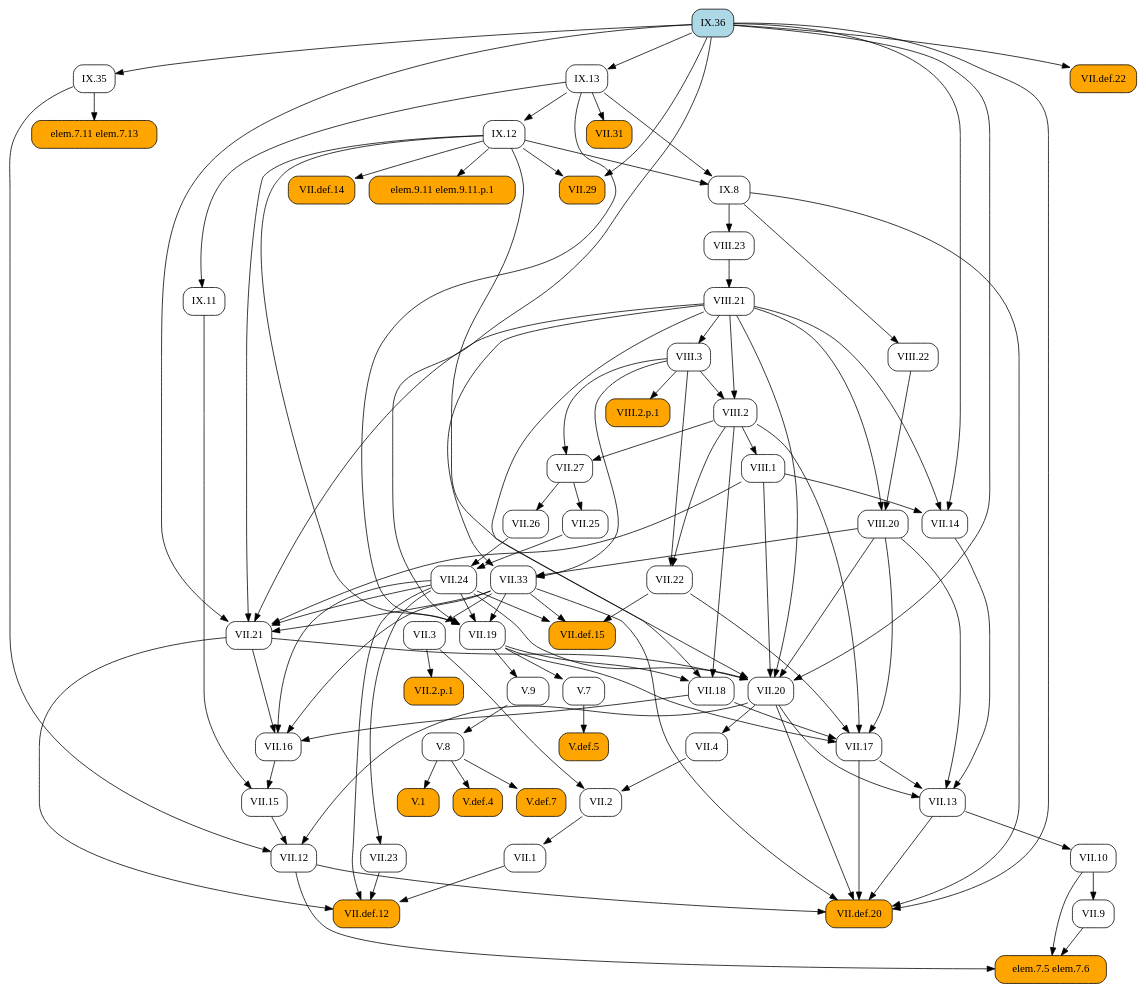
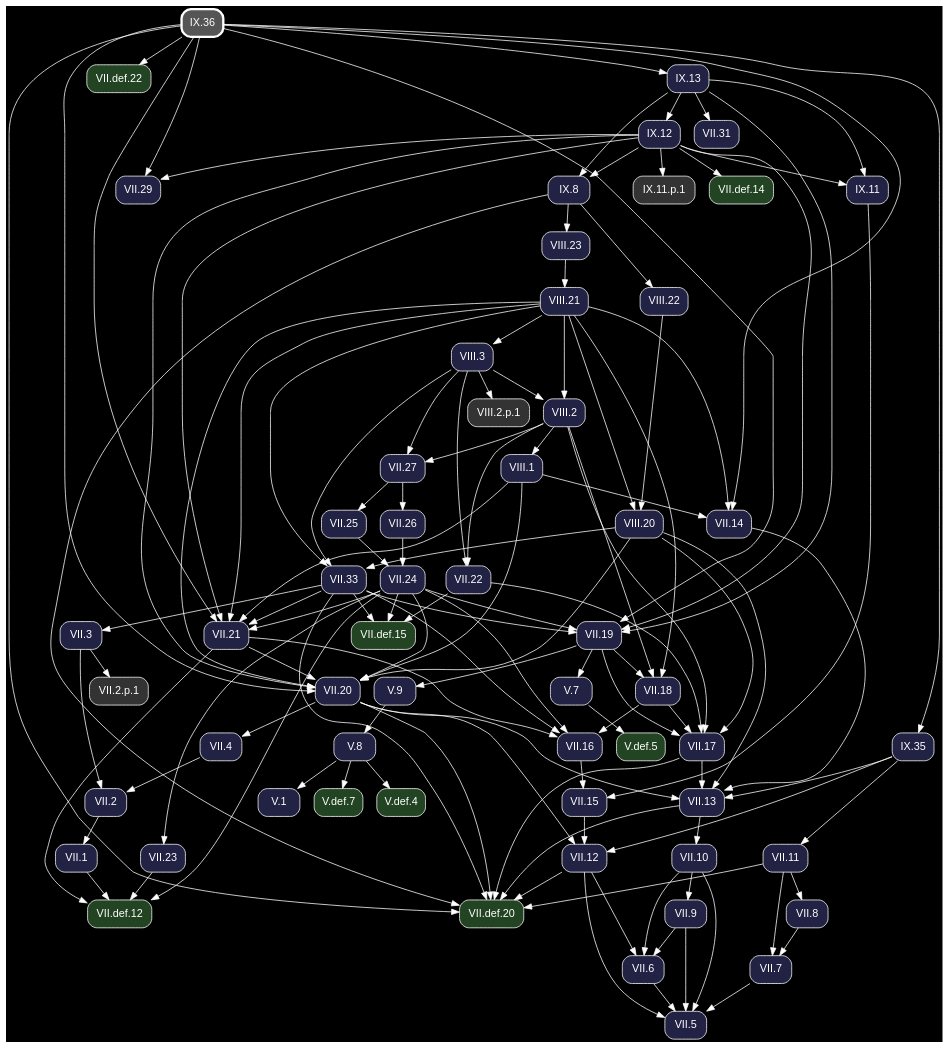
The diagram in docsrc/heath/IX/36/index.rst (geometor/elements), drawn with Graphviz before and after one commit. The commit also changed other lines of this file and 1200 other files, not shown here.

Commit message:
update dependency graphs

```diff
--- a/docsrc/heath/IX/36/index.rst
+++ b/docsrc/heath/IX/36/index.rst
@@ -86,121 +86,80 @@
 .. graphviz::
 
    digraph {
+     bgcolor="black";
+     node [shape=box, style="rounded,filled", fontname="Helvetica", color="white", fontcolor="white"];
+     edge [color="white", fontcolor="white"];
      rankdir="TB";
-     node [shape=box, style=rounded];
-     "IX.8" [URL="/heath/IX/8/", target="_top"];
-     "VII.12" [URL="/heath/VII/12/", target="_top"];
-     "VII.def.14" [style="rounded,filled", fillcolor=orange, URL="/heath/VII/def.14/", target="_top"];
-     "elem.7.5 elem.7.6" [style="rounded,filled", fillcolor=orange];
-     "VIII.20" [URL="/heath/VIII/20/", target="_top"];
-     "VII.33" [URL="/heath/VII/33/", target="_top"];
-     "VII.9" [URL="/heath/VII/9/", target="_top"];
-     "IX.12" [URL="/heath/IX/12/", target="_top"];
-     "IX.36" [style="rounded,filled", fillcolor=lightblue, URL="/heath/IX/36/", target="_top"];
-     "VIII.2" [URL="/heath/VIII/2/", target="_top"];
-     "VII.18" [URL="/heath/VII/18/", target="_top"];
-     "VII.16" [URL="/heath/VII/16/", target="_top"];
-     "V.7" [URL="/heath/V/7/", target="_top"];
-     "VII.26" [URL="/heath/VII/26/", target="_top"];
-     "V.def.5" [style="rounded,filled", fillcolor=orange, URL="/heath/V/def.5/", target="_top"];
-     "V.9" [URL="/heath/V/9/", target="_top"];
-     "VII.10" [URL="/heath/VII/10/", target="_top"];
-     "VIII.3" [URL="/heath/VIII/3/", target="_top"];
-     "VII.13" [URL="/heath/VII/13/", target="_top"];
-     "VIII.23" [URL="/heath/VIII/23/", target="_top"];
-     "VII.29" [style="rounded,filled", fillcolor=orange, URL="/heath/VII/29/", target="_top"];
-     "VII.31" [style="rounded,filled", fillcolor=orange, URL="/heath/VII/31/", target="_top"];
-     "elem.9.11 elem.9.11.p.1" [style="rounded,filled", fillcolor=orange];
-     "elem.7.11 elem.7.13" [style="rounded,filled", fillcolor=orange];
-     "VII.def.15" [style="rounded,filled", fillcolor=orange, URL="/heath/VII/def.15/", target="_top"];
-     "IX.13" [URL="/heath/IX/13/", target="_top"];
-     "VII.17" [URL="/heath/VII/17/", target="_top"];
-     "VII.19" [URL="/heath/VII/19/", target="_top"];
-     "VIII.2.p.1" [style="rounded,filled", fillcolor=orange];
-     "VII.2" [URL="/heath/VII/2/", target="_top"];
-     "VII.def.20" [style="rounded,filled", fillcolor=orange, URL="/heath/VII/def.20/", target="_top"];
-     "VII.2.p.1" [style="rounded,filled", fillcolor=orange];
-     "VII.15" [URL="/heath/VII/15/", target="_top"];
-     "V.def.4" [style="rounded,filled", fillcolor=orange, URL="/heath/V/def.4/", target="_top"];
-     "IX.35" [URL="/heath/IX/35/", target="_top"];
-     "VIII.22" [URL="/heath/VIII/22/", target="_top"];
-     "V.def.7" [style="rounded,filled", fillcolor=orange, URL="/heath/V/def.7/", target="_top"];
-     "VII.14" [URL="/heath/VII/14/", target="_top"];
-     "VIII.21" [URL="/heath/VIII/21/", target="_top"];
-     "VII.def.22" [style="rounded,filled", fillcolor=orange, URL="/heath/VII/def.22/", target="_top"];
-     "VII.27" [URL="/heath/VII/27/", target="_top"];
-     "VII.21" [URL="/heath/VII/21/", target="_top"];
-     "VII.1" [URL="/heath/VII/1/", target="_top"];
-     "VII.22" [URL="/heath/VII/22/", target="_top"];
-     "IX.11" [URL="/heath/IX/11/", target="_top"];
-     "VIII.1" [URL="/heath/VIII/1/", target="_top"];
-     "V.8" [URL="/heath/V/8/", target="_top"];
-     "VII.25" [URL="/heath/VII/25/", target="_top"];
-     "VII.23" [URL="/heath/VII/23/", target="_top"];
-     "VII.4" [URL="/heath/VII/4/", target="_top"];
-     "VII.def.12" [style="rounded,filled", fillcolor=orange, URL="/heath/VII/def.12/", target="_top"];
-     "V.1" [style="rounded,filled", fillcolor=orange, URL="/heath/V/1/", target="_top"];
-     "VII.3" [URL="/heath/VII/3/", target="_top"];
-     "VII.24" [URL="/heath/VII/24/", target="_top"];
-     "VII.20" [URL="/heath/VII/20/", target="_top"];
-     "IX.12" -> "IX.8";
-     "IX.13" -> "IX.8";
-     "VII.15" -> "VII.12";
-     "VII.20" -> "VII.12";
-     "IX.35" -> "VII.12";
-     "IX.12" -> "VII.def.14";
-     "VII.9" -> "elem.7.5 elem.7.6";
-     "VII.10" -> "elem.7.5 elem.7.6";
-     "VII.12" -> "elem.7.5 elem.7.6";
-     "VIII.21" -> "VIII.20";
-     "VIII.22" -> "VIII.20";
+     "V.def.5" [fillcolor="#224422", URL="/heath/V/def.5/", target="_top"];
+     "VII.33" [fillcolor="#222244", URL="/heath/VII/33/", target="_top"];
+     "VII.29" [fillcolor="#222244", URL="/heath/VII/29/", target="_top"];
+     "VII.18" [fillcolor="#222244", URL="/heath/VII/18/", target="_top"];
+     "VII.2" [fillcolor="#222244", URL="/heath/VII/2/", target="_top"];
+     "VII.def.20" [fillcolor="#224422", URL="/heath/VII/def.20/", target="_top"];
+     "IX.12" [fillcolor="#222244", URL="/heath/IX/12/", target="_top"];
+     "VII.7" [fillcolor="#222244", URL="/heath/VII/7/", target="_top"];
+     "VIII.21" [fillcolor="#222244", URL="/heath/VIII/21/", target="_top"];
+     "VII.def.22" [fillcolor="#224422", URL="/heath/VII/def.22/", target="_top"];
+     "VII.1" [fillcolor="#222244", URL="/heath/VII/1/", target="_top"];
+     "VII.26" [fillcolor="#222244", URL="/heath/VII/26/", target="_top"];
+     "VII.13" [fillcolor="#222244", URL="/heath/VII/13/", target="_top"];
+     "VIII.2.p.1" [fillcolor="#333333"];
+     "VII.27" [fillcolor="#222244", URL="/heath/VII/27/", target="_top"];
+     "VII.4" [fillcolor="#222244", URL="/heath/VII/4/", target="_top"];
+     "VII.25" [fillcolor="#222244", URL="/heath/VII/25/", target="_top"];
+     "IX.8" [fillcolor="#222244", URL="/heath/IX/8/", target="_top"];
+     "VIII.20" [fillcolor="#222244", URL="/heath/VIII/20/", target="_top"];
+     "VIII.22" [fillcolor="#222244", URL="/heath/VIII/22/", target="_top"];
+     "IX.36" [penwidth=3, color="white", fillcolor="#555555", URL="/heath/IX/36/", target="_top"];
+     "VII.21" [fillcolor="#222244", URL="/heath/VII/21/", target="_top"];
+     "VII.9" [fillcolor="#222244", URL="/heath/VII/9/", target="_top"];
+     "V.7" [fillcolor="#222244", URL="/heath/V/7/", target="_top"];
+     "VII.12" [fillcolor="#222244", URL="/heath/VII/12/", target="_top"];
+     "IX.11.p.1" [fillcolor="#333333"];
+     "V.9" [fillcolor="#222244", URL="/heath/V/9/", target="_top"];
+     "VII.17" [fillcolor="#222244", URL="/heath/VII/17/", target="_top"];
+     "VII.24" [fillcolor="#222244", URL="/heath/VII/24/", target="_top"];
+     "VII.22" [fillcolor="#222244", URL="/heath/VII/22/", target="_top"];
+     "VIII.2" [fillcolor="#222244", URL="/heath/VIII/2/", target="_top"];
+     "V.def.7" [fillcolor="#224422", URL="/heath/V/def.7/", target="_top"];
+     "VII.20" [fillcolor="#222244", URL="/heath/VII/20/", target="_top"];
+     "V.def.4" [fillcolor="#224422", URL="/heath/V/def.4/", target="_top"];
+     "VII.8" [fillcolor="#222244", URL="/heath/VII/8/", target="_top"];
+     "VII.5" [fillcolor="#222244", URL="/heath/VII/5/", target="_top"];
+     "VIII.23" [fillcolor="#222244", URL="/heath/VIII/23/", target="_top"];
+     "VII.def.15" [fillcolor="#224422", URL="/heath/VII/def.15/", target="_top"];
+     "VIII.3" [fillcolor="#222244", URL="/heath/VIII/3/", target="_top"];
+     "IX.11" [fillcolor="#222244", URL="/heath/IX/11/", target="_top"];
+     "VII.2.p.1" [fillcolor="#333333"];
+     "VII.6" [fillcolor="#222244", URL="/heath/VII/6/", target="_top"];
+     "VII.16" [fillcolor="#222244", URL="/heath/VII/16/", target="_top"];
+     "VII.15" [fillcolor="#222244", URL="/heath/VII/15/", target="_top"];
+     "VII.def.14" [fillcolor="#224422", URL="/heath/VII/def.14/", target="_top"];
+     "V.1" [fillcolor="#222244", URL="/heath/V/1/", target="_top"];
+     "VII.10" [fillcolor="#222244", URL="/heath/VII/10/", target="_top"];
+     "VII.11" [fillcolor="#222244", URL="/heath/VII/11/", target="_top"];
+     "VII.23" [fillcolor="#222244", URL="/heath/VII/23/", target="_top"];
+     "VII.def.12" [fillcolor="#224422", URL="/heath/VII/def.12/", target="_top"];
+     "VII.19" [fillcolor="#222244", URL="/heath/VII/19/", target="_top"];
+     "VIII.1" [fillcolor="#222244", URL="/heath/VIII/1/", target="_top"];
+     "V.8" [fillcolor="#222244", URL="/heath/V/8/", target="_top"];
+     "IX.13" [fillcolor="#222244", URL="/heath/IX/13/", target="_top"];
+     "VII.3" [fillcolor="#222244", URL="/heath/VII/3/", target="_top"];
+     "IX.35" [fillcolor="#222244", URL="/heath/IX/35/", target="_top"];
+     "VII.31" [fillcolor="#222244", URL="/heath/VII/31/", target="_top"];
+     "VII.14" [fillcolor="#222244", URL="/heath/VII/14/", target="_top"];
+     "V.7" -> "V.def.5";
      "VIII.3" -> "VII.33";
      "VIII.20" -> "VII.33";
      "VIII.21" -> "VII.33";
-     "VII.10" -> "VII.9";
-     "IX.13" -> "IX.12";
-     "VIII.3" -> "VIII.2";
-     "VIII.21" -> "VIII.2";
+     "IX.12" -> "VII.29";
+     "IX.36" -> "VII.29";
      "VII.19" -> "VII.18";
      "VIII.2" -> "VII.18";
      "VIII.21" -> "VII.18";
-     "VII.18" -> "VII.16";
-     "VII.21" -> "VII.16";
-     "VII.24" -> "VII.16";
-     "VII.33" -> "VII.16";
-     "VII.19" -> "V.7";
-     "VII.27" -> "VII.26";
-     "V.7" -> "V.def.5";
-     "VII.19" -> "V.9";
-     "VII.13" -> "VII.10";
-     "VIII.21" -> "VIII.3";
-     "VII.14" -> "VII.13";
-     "VII.17" -> "VII.13";
-     "VII.20" -> "VII.13";
-     "VIII.20" -> "VII.13";
-     "IX.8" -> "VIII.23";
-     "IX.12" -> "VII.29";
-     "IX.36" -> "VII.29";
-     "IX.13" -> "VII.31";
-     "IX.12" -> "elem.9.11 elem.9.11.p.1";
-     "IX.35" -> "elem.7.11 elem.7.13";
-     "VII.22" -> "VII.def.15";
-     "VII.24" -> "VII.def.15";
-     "VII.33" -> "VII.def.15";
-     "IX.36" -> "IX.13";
-     "VII.18" -> "VII.17";
-     "VII.19" -> "VII.17";
-     "VII.22" -> "VII.17";
-     "VIII.2" -> "VII.17";
-     "VIII.20" -> "VII.17";
-     "VII.24" -> "VII.19";
-     "VII.33" -> "VII.19";
-     "IX.12" -> "VII.19";
-     "IX.13" -> "VII.19";
-     "IX.36" -> "VII.19";
-     "VIII.3" -> "VIII.2.p.1";
      "VII.3" -> "VII.2";
      "VII.4" -> "VII.2";
+     "VII.11" -> "VII.def.20";
      "VII.12" -> "VII.def.20";
      "VII.13" -> "VII.def.20";
      "VII.17" -> "VII.def.20";
@@ -208,43 +167,53 @@
      "VII.33" -> "VII.def.20";
      "IX.8" -> "VII.def.20";
      "IX.36" -> "VII.def.20";
-     "VII.3" -> "VII.2.p.1";
-     "VII.16" -> "VII.15";
-     "IX.11" -> "VII.15";
-     "V.8" -> "V.def.4";
-     "IX.36" -> "IX.35";
-     "IX.8" -> "VIII.22";
-     "V.8" -> "V.def.7";
-     "VIII.1" -> "VII.14";
-     "VIII.21" -> "VII.14";
-     "IX.36" -> "VII.14";
+     "IX.13" -> "IX.12";
+     "VII.8" -> "VII.7";
+     "VII.11" -> "VII.7";
      "VIII.23" -> "VIII.21";
      "IX.36" -> "VII.def.22";
+     "VII.2" -> "VII.1";
+     "VII.27" -> "VII.26";
+     "VII.14" -> "VII.13";
+     "VII.17" -> "VII.13";
+     "VII.20" -> "VII.13";
+     "VIII.20" -> "VII.13";
+     "IX.35" -> "VII.13";
+     "VIII.3" -> "VIII.2.p.1";
      "VIII.2" -> "VII.27";
      "VIII.3" -> "VII.27";
+     "VII.20" -> "VII.4";
+     "VII.27" -> "VII.25";
+     "IX.12" -> "IX.8";
+     "IX.13" -> "IX.8";
+     "VIII.21" -> "VIII.20";
+     "VIII.22" -> "VIII.20";
+     "IX.8" -> "VIII.22";
      "VII.24" -> "VII.21";
      "VII.33" -> "VII.21";
      "VIII.1" -> "VII.21";
      "VIII.21" -> "VII.21";
      "IX.12" -> "VII.21";
      "IX.36" -> "VII.21";
-     "VII.2" -> "VII.1";
+     "VII.10" -> "VII.9";
+     "VII.19" -> "V.7";
+     "VII.15" -> "VII.12";
+     "VII.20" -> "VII.12";
+     "IX.35" -> "VII.12";
+     "IX.12" -> "IX.11.p.1";
+     "VII.19" -> "V.9";
+     "VII.18" -> "VII.17";
+     "VII.19" -> "VII.17";
+     "VII.22" -> "VII.17";
+     "VIII.2" -> "VII.17";
+     "VIII.20" -> "VII.17";
+     "VII.25" -> "VII.24";
+     "VII.26" -> "VII.24";
      "VIII.2" -> "VII.22";
      "VIII.3" -> "VII.22";
-     "IX.13" -> "IX.11";
-     "VIII.2" -> "VIII.1";
-     "V.9" -> "V.8";
-     "VII.27" -> "VII.25";
-     "VII.24" -> "VII.23";
-     "VII.20" -> "VII.4";
-     "VII.1" -> "VII.def.12";
-     "VII.21" -> "VII.def.12";
-     "VII.23" -> "VII.def.12";
-     "VII.24" -> "VII.def.12";
-     "V.8" -> "V.1";
-     "VII.33" -> "VII.3";
-     "VII.25" -> "VII.24";
-     "VII.26" -> "VII.24";
+     "VIII.3" -> "VIII.2";
+     "VIII.21" -> "VIII.2";
+     "V.8" -> "V.def.7";
      "VII.21" -> "VII.20";
      "VII.24" -> "VII.20";
      "VIII.1" -> "VII.20";
@@ -252,4 +221,51 @@
      "VIII.21" -> "VII.20";
      "IX.12" -> "VII.20";
      "IX.36" -> "VII.20";
+     "V.8" -> "V.def.4";
+     "VII.11" -> "VII.8";
+     "VII.6" -> "VII.5";
+     "VII.7" -> "VII.5";
+     "VII.9" -> "VII.5";
+     "VII.10" -> "VII.5";
+     "VII.12" -> "VII.5";
+     "IX.8" -> "VIII.23";
+     "VII.22" -> "VII.def.15";
+     "VII.24" -> "VII.def.15";
+     "VII.33" -> "VII.def.15";
+     "VIII.21" -> "VIII.3";
+     "IX.12" -> "IX.11";
+     "IX.13" -> "IX.11";
+     "VII.3" -> "VII.2.p.1";
+     "VII.9" -> "VII.6";
+     "VII.10" -> "VII.6";
+     "VII.12" -> "VII.6";
+     "VII.18" -> "VII.16";
+     "VII.21" -> "VII.16";
+     "VII.24" -> "VII.16";
+     "VII.33" -> "VII.16";
+     "VII.16" -> "VII.15";
+     "IX.11" -> "VII.15";
+     "IX.12" -> "VII.def.14";
+     "V.8" -> "V.1";
+     "VII.13" -> "VII.10";
+     "IX.35" -> "VII.11";
+     "VII.24" -> "VII.23";
+     "VII.1" -> "VII.def.12";
+     "VII.21" -> "VII.def.12";
+     "VII.23" -> "VII.def.12";
+     "VII.24" -> "VII.def.12";
+     "VII.24" -> "VII.19";
+     "VII.33" -> "VII.19";
+     "IX.12" -> "VII.19";
+     "IX.13" -> "VII.19";
+     "IX.36" -> "VII.19";
+     "VIII.2" -> "VIII.1";
+     "V.9" -> "V.8";
+     "IX.36" -> "IX.13";
+     "VII.33" -> "VII.3";
+     "IX.36" -> "IX.35";
+     "IX.13" -> "VII.31";
+     "VIII.1" -> "VII.14";
+     "VIII.21" -> "VII.14";
+     "IX.36" -> "VII.14";
    }
```
